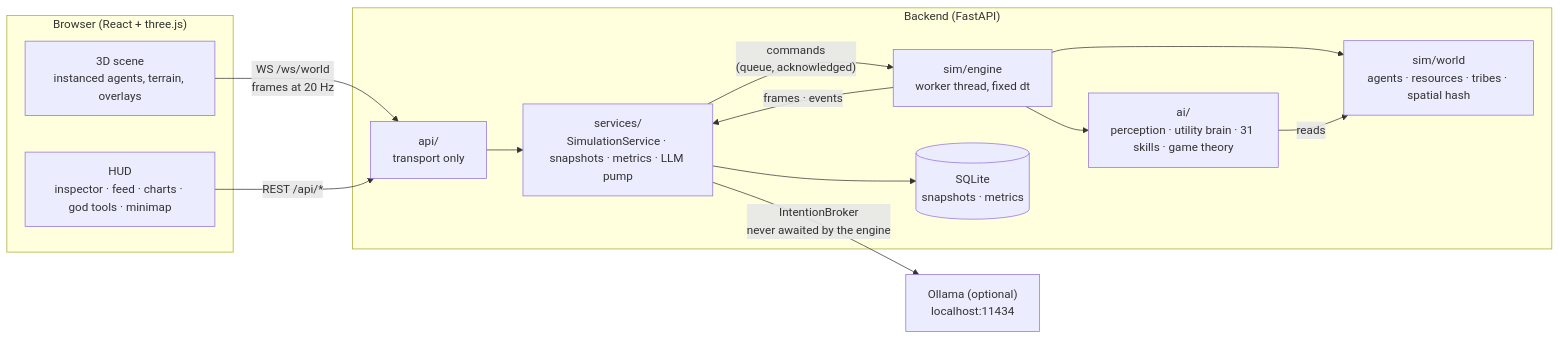
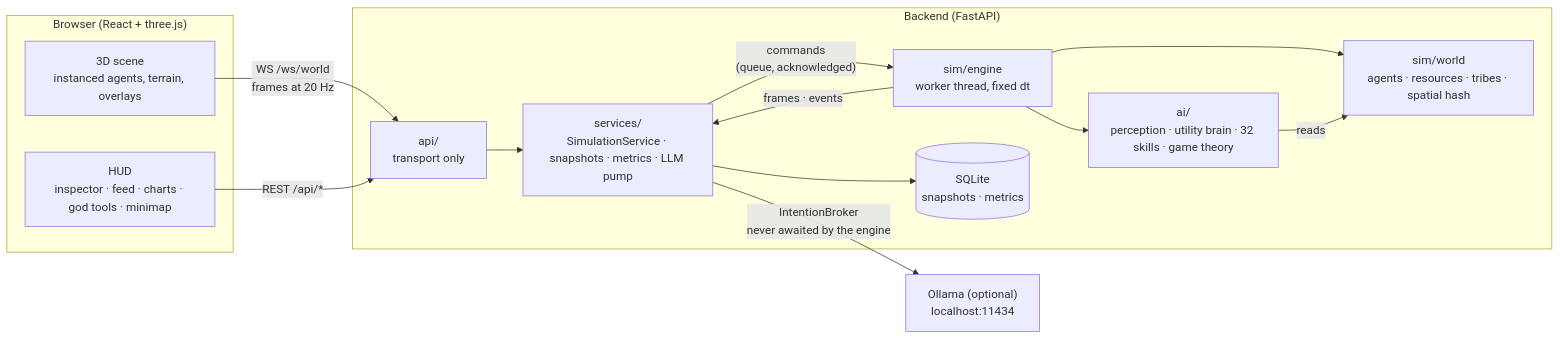
Before and after one commit to AlexBoyev/GameTheory: the diagram in README.md, drawn with Mermaid. The commit also changed other lines of this file and 5 other files, not shown here.

````diff
--- a/README.md
+++ b/README.md
@@ -189,29 +191,29 @@
 ```mermaid
 flowchart LR
   subgraph browser["Browser (React + three.js)"]
     scene["3D scene<br/>instanced agents, terrain, overlays"]
     hud["HUD<br/>inspector · feed · charts · god tools · minimap"]
   end
 
   subgraph backend["Backend (FastAPI)"]
     api["api/<br/>transport only"]
     services["services/<br/>SimulationService · snapshots · metrics · LLM pump"]
     engine["sim/engine<br/>worker thread, fixed dt"]
     world["sim/world<br/>agents · resources · tribes · spatial hash"]
-    ai["ai/<br/>perception · utility brain · 31 skills · game theory"]
+    ai["ai/<br/>perception · utility brain · 32 skills · game theory"]
     db[("SQLite<br/>snapshots · metrics")]
   end
 
   ollama["Ollama (optional)<br/>localhost:11434"]
 
   scene -->|"WS /ws/world<br/>frames at 20 Hz"| api
   hud -->|"REST /api/*"| api
   api --> services
   services -->|"commands<br/>(queue, acknowledged)"| engine
   engine -->|"frames · events"| services
   engine --> world
   engine --> ai
   ai -->|reads| world
   services --> db
   services -->|"IntentionBroker<br/>never awaited by the engine"| ollama
 ```
````
